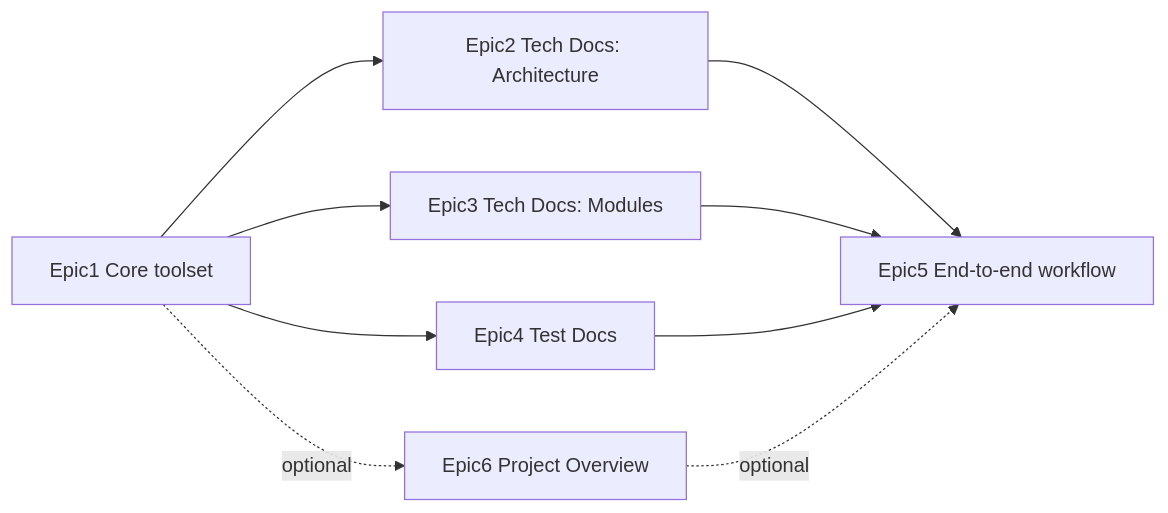
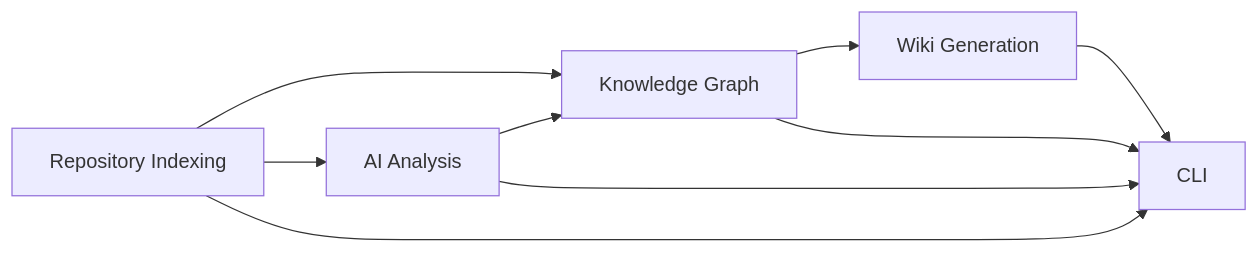
One commit to DarkKing335/Wiki-Generation changed the diagram in docs/epics.md. Above: the diagram before and after it, drawn with Mermaid. The commit also changed other lines of this file and 9 other files, not shown here.

````diff
--- a/docs/epics.md
+++ b/docs/epics.md
@@ -72,11 +131,11 @@
 ```mermaid
 graph LR
-    E1[Epic1 Core toolset] --> E2[Epic2 Tech Docs: Architecture]
-    E1 --> E3[Epic3 Tech Docs: Modules]
-    E1 --> E4[Epic4 Test Docs]
-    E1 -.optional.-> E6[Epic6 Project Overview]
-    E2 --> E5[Epic5 End-to-end workflow]
+    E1[Repository Indexing] --> E2[Knowledge Graph]
+    E1 --> E3[AI Analysis]
+    E3 --> E2
+    E2 --> E4[Wiki Generation]
+    E1 --> E5[CLI]
+    E2 --> E5
     E3 --> E5
     E4 --> E5
-    E6 -.optional.-> E5
 ```
````
